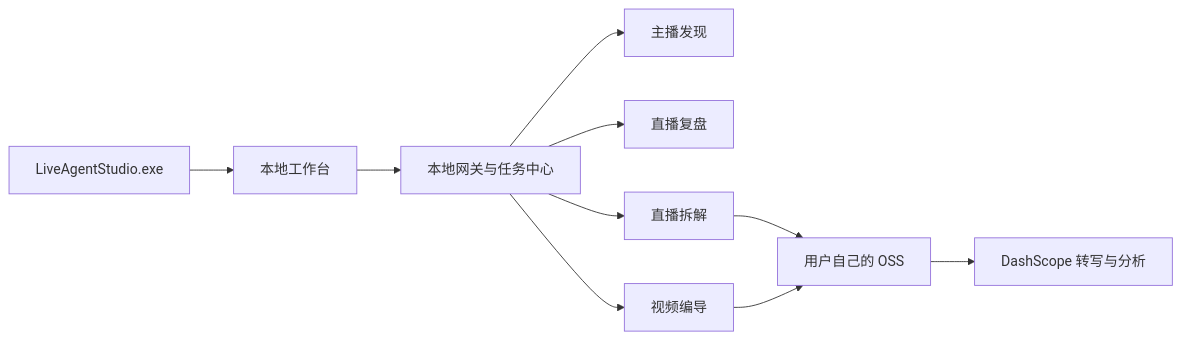
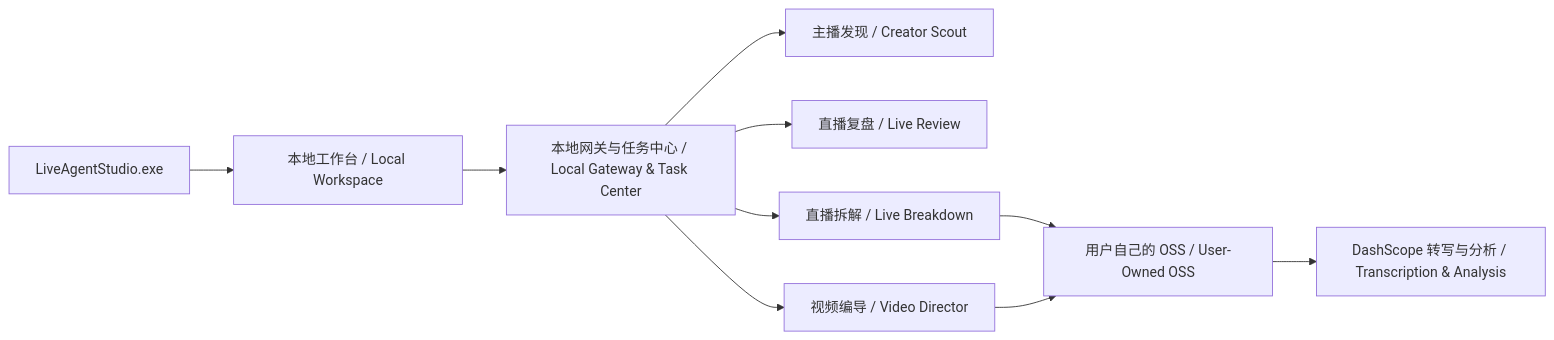
One commit to HanyuanWang/LiveStream-Agent-Studio changed the diagram in README.md. Above: the diagram before and after it, drawn with Mermaid. The commit also changed other lines of this file, not shown here.

````diff
--- a/README.md
+++ b/README.md
@@ -196,12 +317,12 @@
 ```mermaid
 flowchart LR
-    EXE[LiveAgentStudio.exe] --> UI[本地工作台]
-    UI --> GW[本地网关与任务中心]
-    GW --> Scout[主播发现]
-    GW --> Retro[直播复盘]
-    GW --> Breakdown[直播拆解]
-    GW --> Director[视频编导]
-    Breakdown --> OSS[用户自己的 OSS]
+    EXE[LiveAgentStudio.exe] --> UI[本地工作台 / Local Workspace]
+    UI --> GW[本地网关与任务中心 / Local Gateway & Task Center]
+    GW --> Scout[主播发现 / Creator Scout]
+    GW --> Review[直播复盘 / Live Review]
+    GW --> Breakdown[直播拆解 / Live Breakdown]
+    GW --> Director[视频编导 / Video Director]
+    Breakdown --> OSS[用户自己的 OSS / User-Owned OSS]
     Director --> OSS
-    OSS --> Qwen[DashScope 转写与分析]
+    OSS --> Qwen[DashScope 转写与分析 / Transcription & Analysis]
 ```
````
